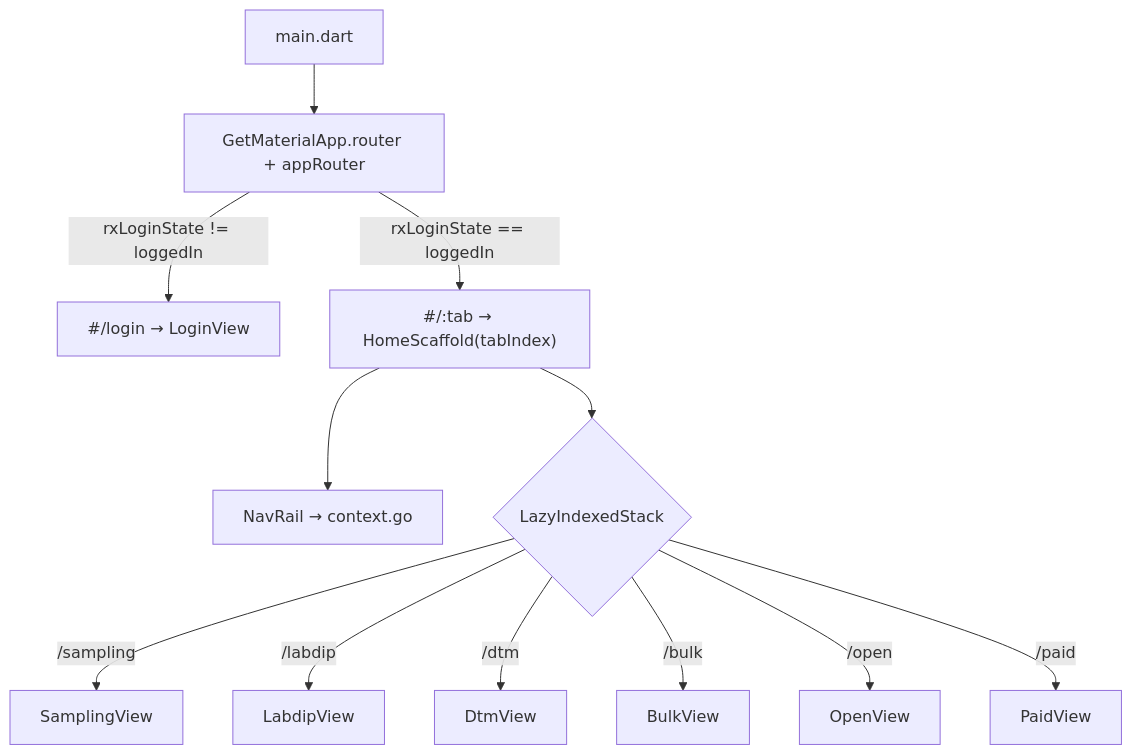
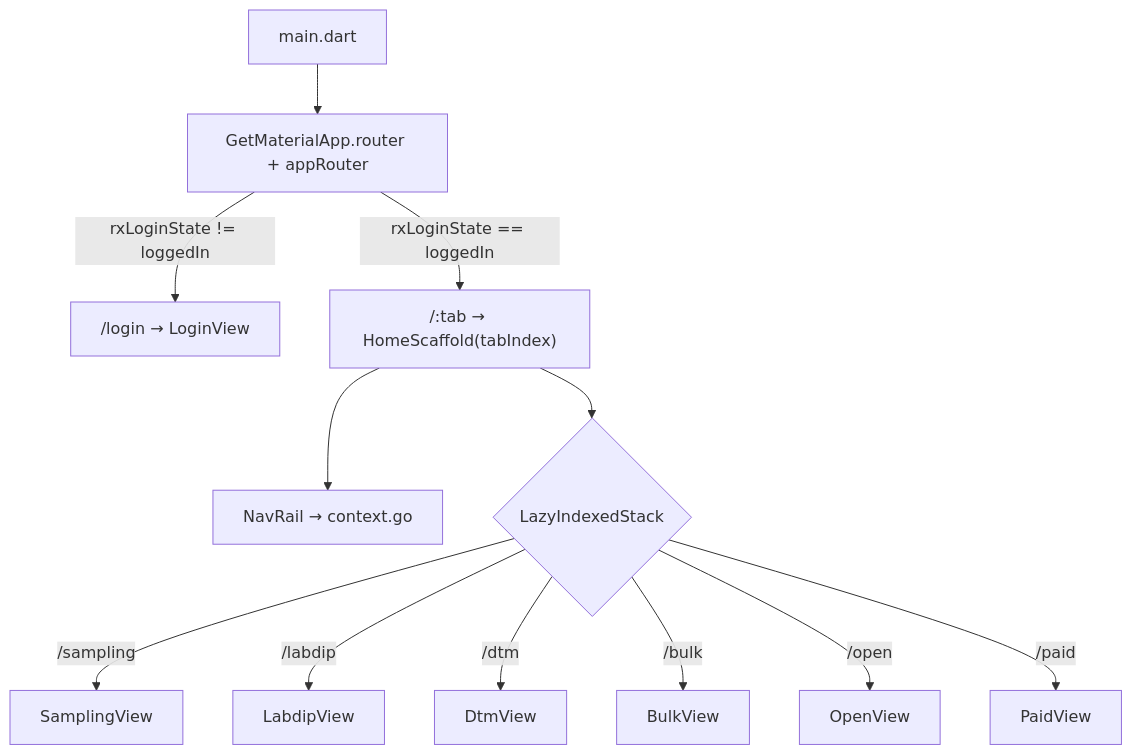
The first of 2 diagrams in docs/NAVIGATION.md (Sudhir-tbk-9/VardhamanB2B), drawn with Mermaid before and after one commit. The commit also changed other lines of this file and 7 other files, not shown here.

````diff
--- a/docs/NAVIGATION.md
+++ b/docs/NAVIGATION.md
@@ -50,14 +53,14 @@
 ```mermaid
 flowchart TD
     A[main.dart] --> B[GetMaterialApp.router + appRouter]
-    B -->|rxLoginState != loggedIn| L["#/login → LoginView"]
-    B -->|rxLoginState == loggedIn| H["#/:tab → HomeScaffold(tabIndex)"]
+    B -->|rxLoginState != loggedIn| L["/login → LoginView"]
+    B -->|rxLoginState == loggedIn| H["/:tab → HomeScaffold(tabIndex)"]
     H --> N[NavRail → context.go]
     H --> T{LazyIndexedStack}
     T -->|/sampling| S[SamplingView]
     T -->|/labdip| LD[LabdipView]
     T -->|/dtm| D[DtmView]
     T -->|/bulk| BK[BulkView]
     T -->|/open| O[OpenView]
     T -->|/paid| P[PaidView]
 ```
````
